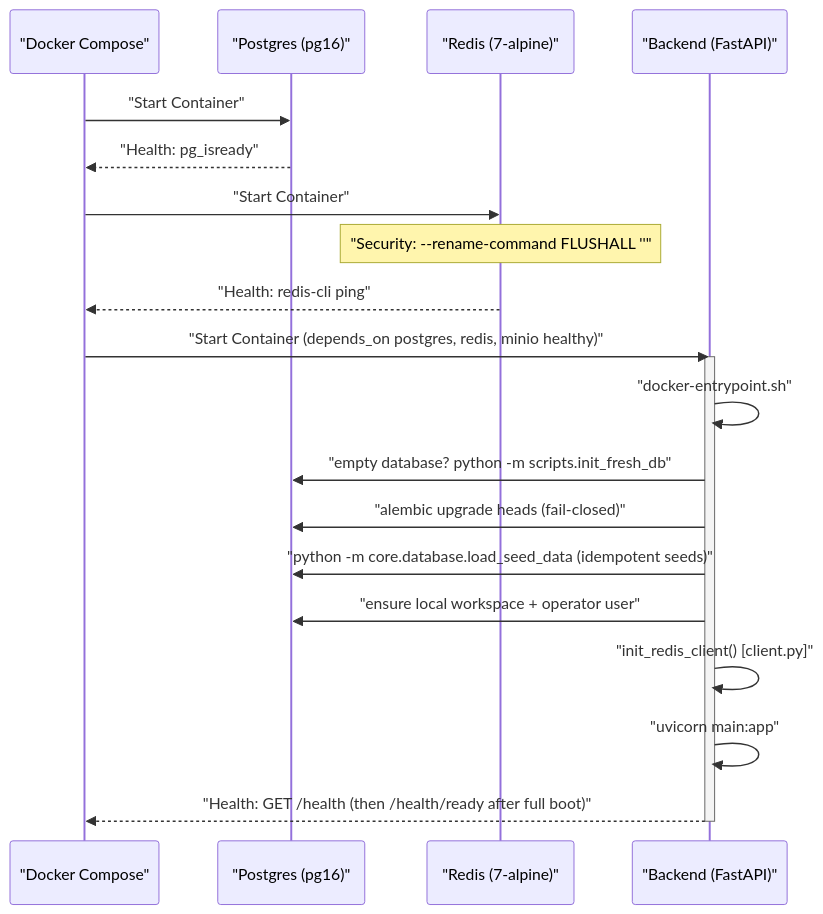
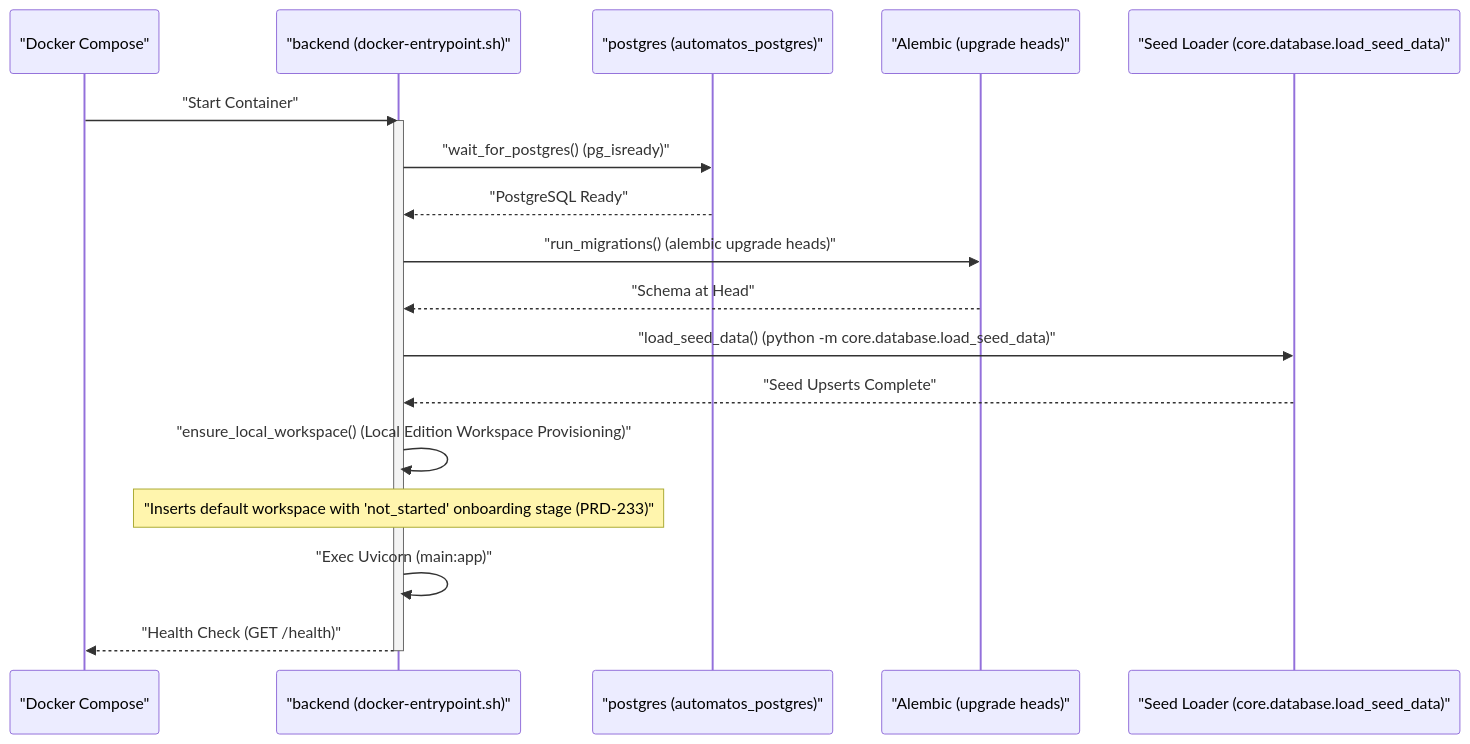
One commit to AutomatosAI/automatos-ai changed the second of 2 diagrams in docs/getting-started/installation-setup.md. Above: the diagram before and after it, drawn with Mermaid. The commit also changed other lines of this file and 191 other files, not shown here.

````diff
--- a/docs/getting-started/installation-setup.md
+++ b/docs/getting-started/installation-setup.md
@@ -127,26 +122,26 @@
 ```mermaid
 sequenceDiagram
     participant DC as "Docker Compose"
-    participant PG as "Postgres (pg16)"
-    participant RD as "Redis (7-alpine)"
-    participant BE as "Backend (FastAPI)"
+    participant BE as "backend (docker-entrypoint.sh)"
+    participant PG as "postgres (automatos_postgres)"
+    participant AL as "Alembic (upgrade heads)"
+    participant SD as "Seed Loader (core.database.load_seed_data)"
+
+    DC->>BE: "Start Container"
+    activate BE
+    BE->>PG: "wait_for_postgres() (pg_isready)"
+    PG-->>BE: "PostgreSQL Ready"
     
-    DC->>PG: "Start Container"
-    PG-->>DC: "Health: pg_isready"
+    BE->>AL: "run_migrations() (alembic upgrade heads)"
+    AL-->>BE: "Schema at Head"
     
-    DC->>RD: "Start Container"
-    Note over RD: "Security: --rename-command FLUSHALL ''"
-    RD-->>DC: "Health: redis-cli ping"
+    BE->>SD: "load_seed_data() (python -m core.database.load_seed_data)"
+    SD-->>BE: "Seed Upserts Complete"
     
-    DC->>BE: "Start Container (depends_on postgres, redis, minio healthy)"
-    activate BE
-    BE->>BE: "docker-entrypoint.sh"
-    BE->>PG: "empty database? python -m scripts.init_fresh_db"
-    BE->>PG: "alembic upgrade heads (fail-closed)"
-    BE->>PG: "python -m core.database.load_seed_data (idempotent seeds)"
-    BE->>PG: "ensure local workspace + operator user"
-    BE->>BE: "init_redis_client() [client.py]"
-    BE->>BE: "uvicorn main:app"
-    BE-->>DC: "Health: GET /health (then /health/ready after full boot)"
+    BE->>BE: "ensure_local_workspace() (Local Edition Workspace Provisioning)"
+    Note over BE: "Inserts default workspace with 'not_started' onboarding stage (PRD-233)"
+
+    BE->>BE: "Exec Uvicorn (main:app)"
+    BE-->>DC: "Health Check (GET /health)"
     deactivate BE
 ```
````
